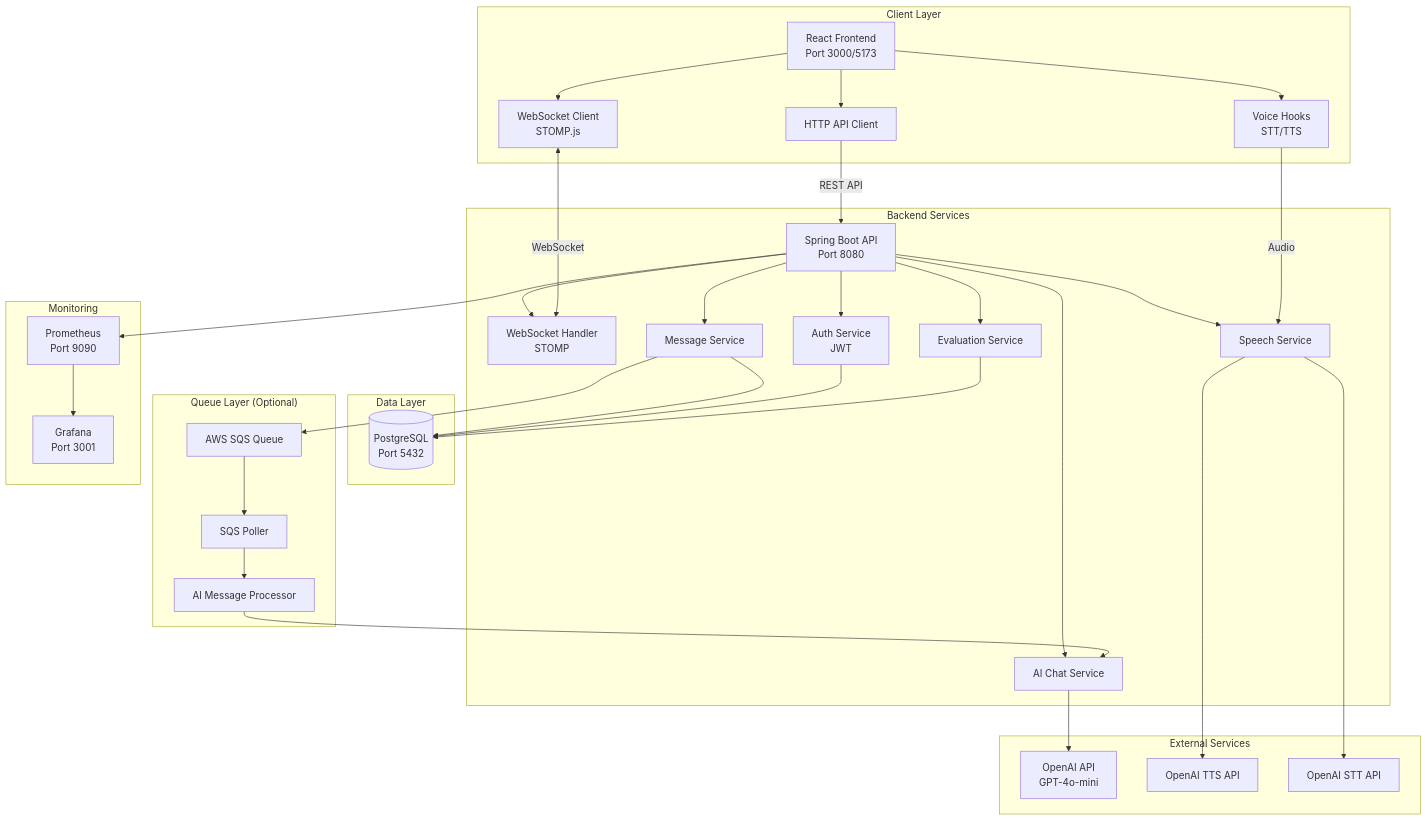
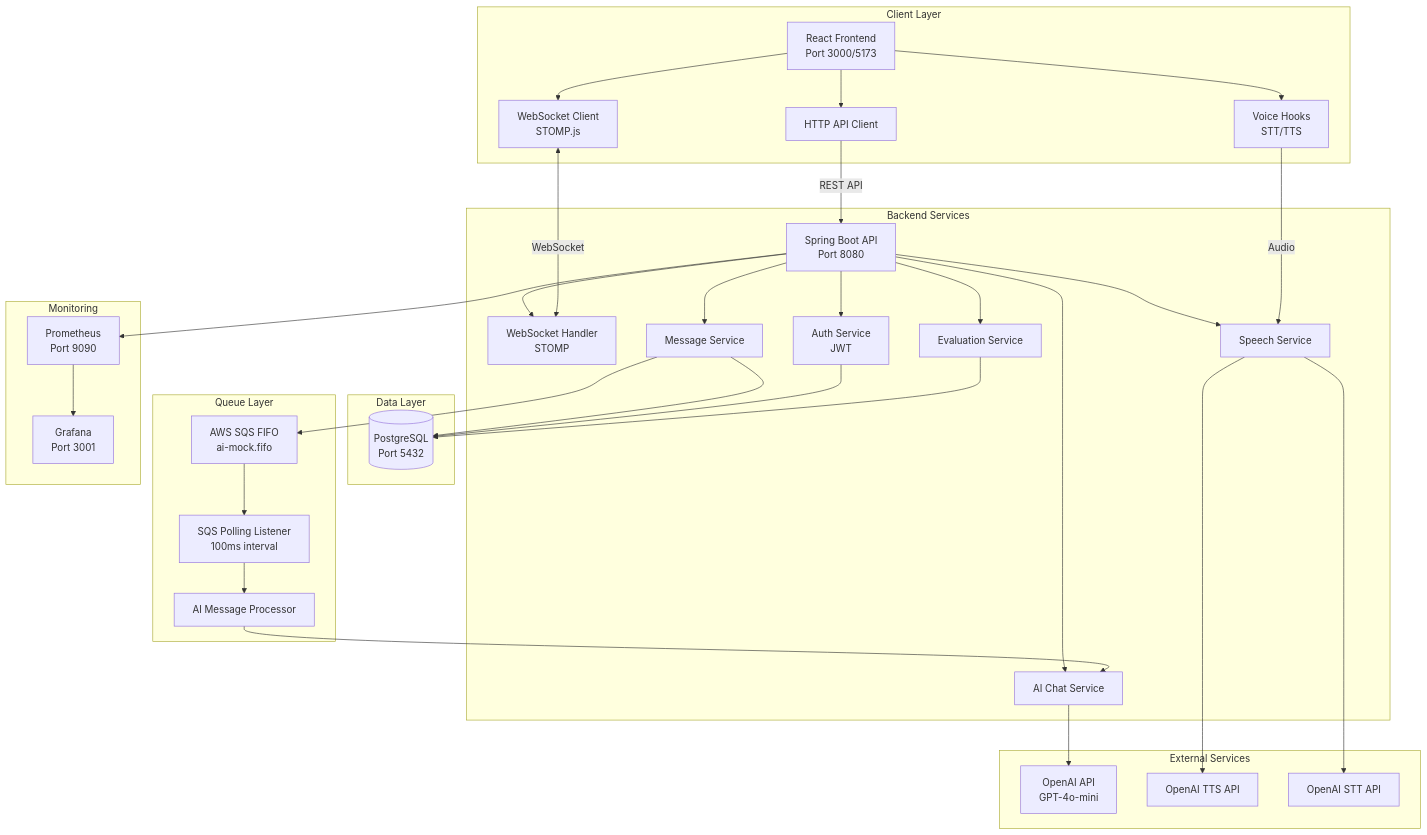
One commit to AlejandroPosadaR/Miraiprep changed the first of 4 diagrams in README.md. Above: the diagram before and after it, drawn with Mermaid. The commit also changed other lines of this file, not shown here.

````diff
--- a/README.md
+++ b/README.md
@@ -65,45 +160,45 @@
 ```mermaid
 graph TB
     subgraph "Client Layer"
         A[React Frontend<br/>Port 3000/5173] --> B[WebSocket Client<br/>STOMP.js]
         A --> C[HTTP API Client]
         A --> D[Voice Hooks<br/>STT/TTS]
     end
     
     subgraph "Backend Services"
         E[Spring Boot API<br/>Port 8080] --> F[WebSocket Handler<br/>STOMP]
         E --> G[Message Service]
         E --> H[AI Chat Service]
         E --> I[Evaluation Service]
         E --> J[Speech Service]
         E --> K[Auth Service<br/>JWT]
     end
     
     subgraph "Data Layer"
         G --> L[(PostgreSQL<br/>Port 5432)]
         K --> L
         I --> L
     end
     
     subgraph "External Services"
         H --> M[OpenAI API<br/>GPT-4o-mini]
         J --> N[OpenAI TTS API]
         J --> O[OpenAI STT API]
     end
     
-    subgraph "Queue Layer (Optional)"
-        G --> P[AWS SQS Queue]
-        P --> Q[SQS Poller]
+    subgraph "Queue Layer"
+        G --> P[AWS SQS FIFO<br/>ai-mock.fifo]
+        P --> Q[SQS Polling Listener<br/>100ms interval]
         Q --> R[AI Message Processor]
         R --> H
     end
     
     subgraph "Monitoring"
         E --> S[Prometheus<br/>Port 9090]
         S --> T[Grafana<br/>Port 3001]
     end
     
     B <-->|WebSocket| F
     C -->|REST API| E
     D -->|Audio| J
 ```
````
